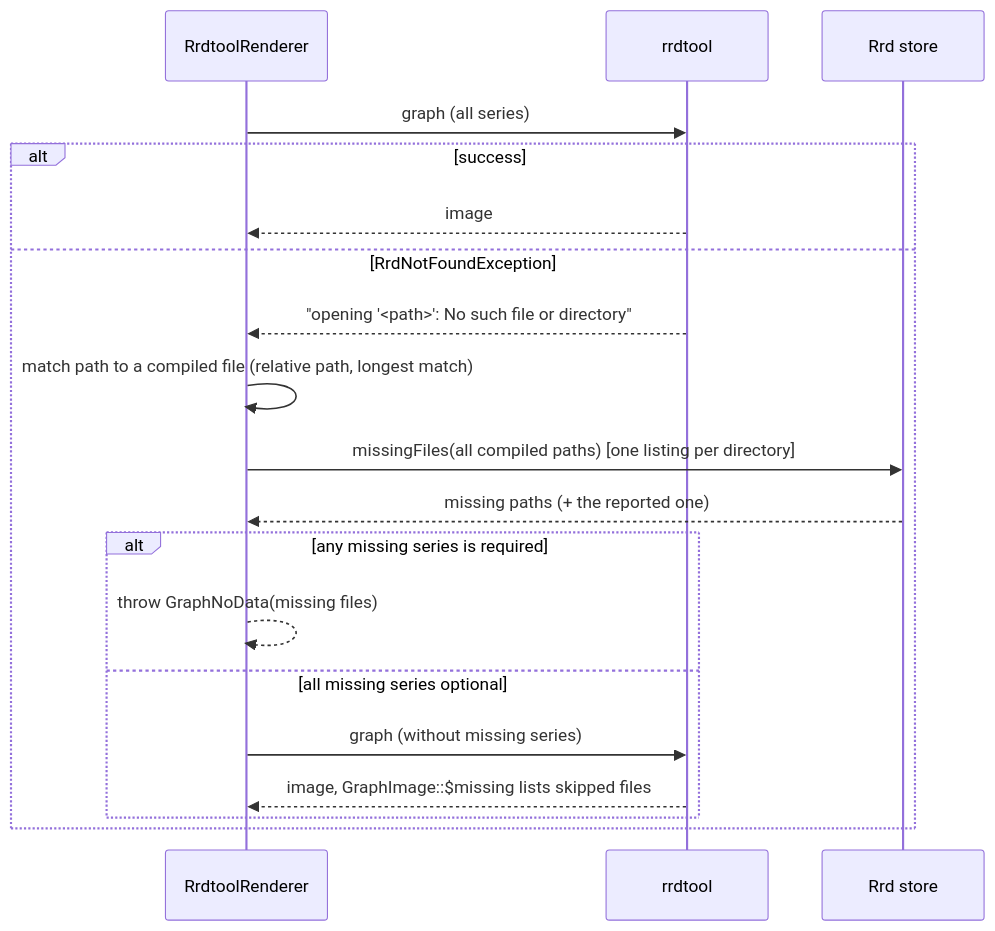
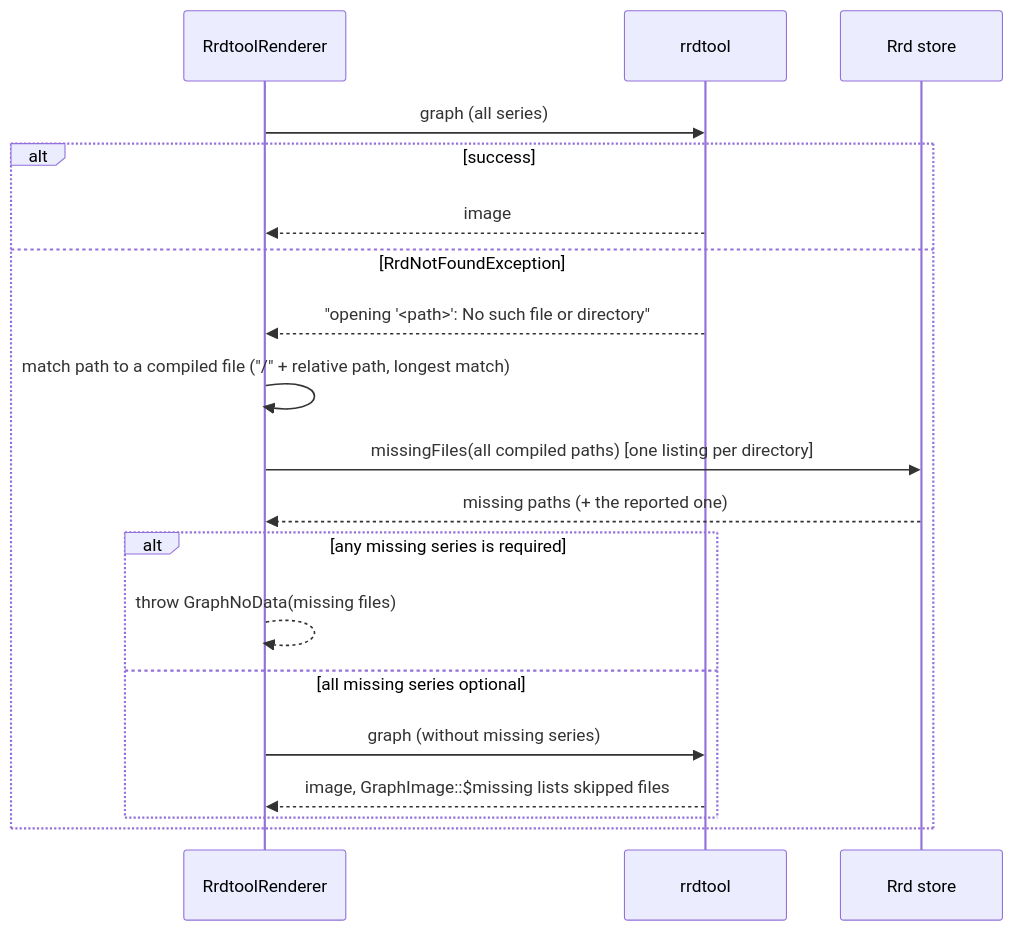
The second of 2 diagrams in doc/Developing/Design/Graph-Rendering.md (murrant/librenms), drawn with Mermaid before and after one commit. The commit also changed other lines of this file, not shown here.

Commit message:
Design doc: rrd error path matching and validation order tests

````diff
--- a/doc/Developing/Design/Graph-Rendering.md
+++ b/doc/Developing/Design/Graph-Rendering.md
@@ -309,21 +309,21 @@
 ```mermaid
 sequenceDiagram
     participant R as RrdtoolRenderer
     participant T as rrdtool
     participant S as Rrd store
     R->>T: graph (all series)
     alt success
         T-->>R: image
     else RrdNotFoundException
         T-->>R: "opening '<path>': No such file or directory"
-        R->>R: match path to a compiled file (relative path, longest match)
+        R->>R: match path to a compiled file ("/" + relative path, longest match)
         R->>S: missingFiles(all compiled paths)  [one listing per directory]
         S-->>R: missing paths (+ the reported one)
         alt any missing series is required
             R-->>R: throw GraphNoData(missing files)
         else all missing series optional
             R->>T: graph (without missing series)
             T-->>R: image, GraphImage::$missing lists skipped files
         end
     end
 ```
````
